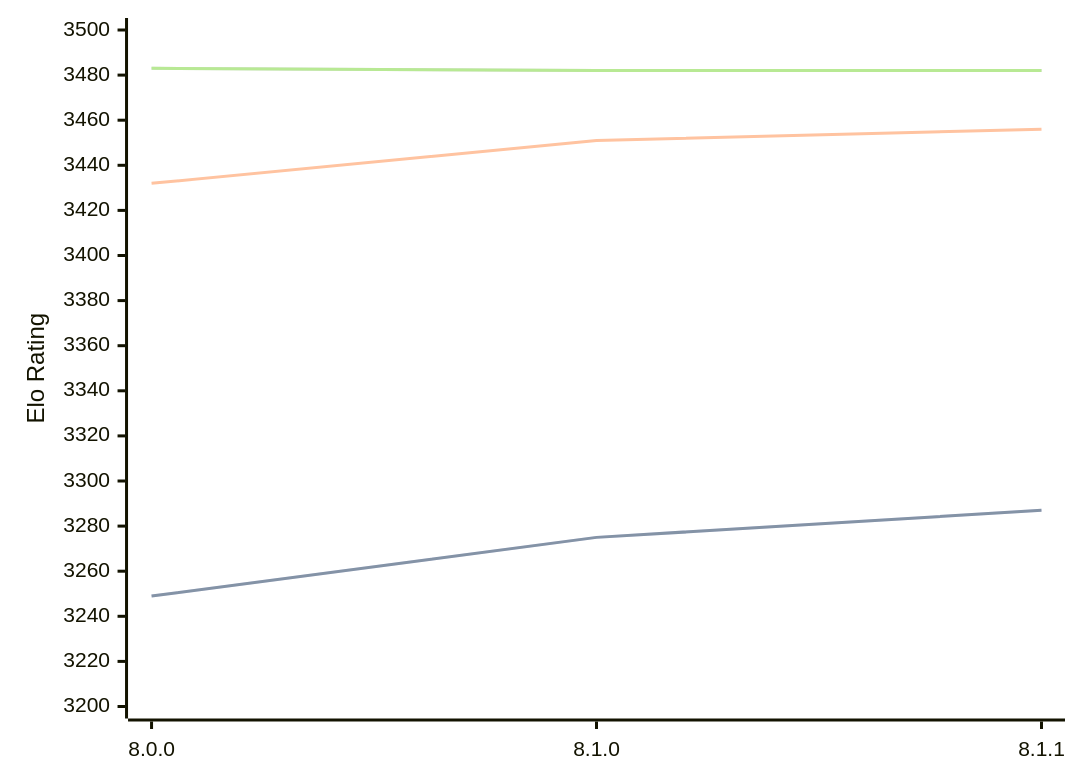
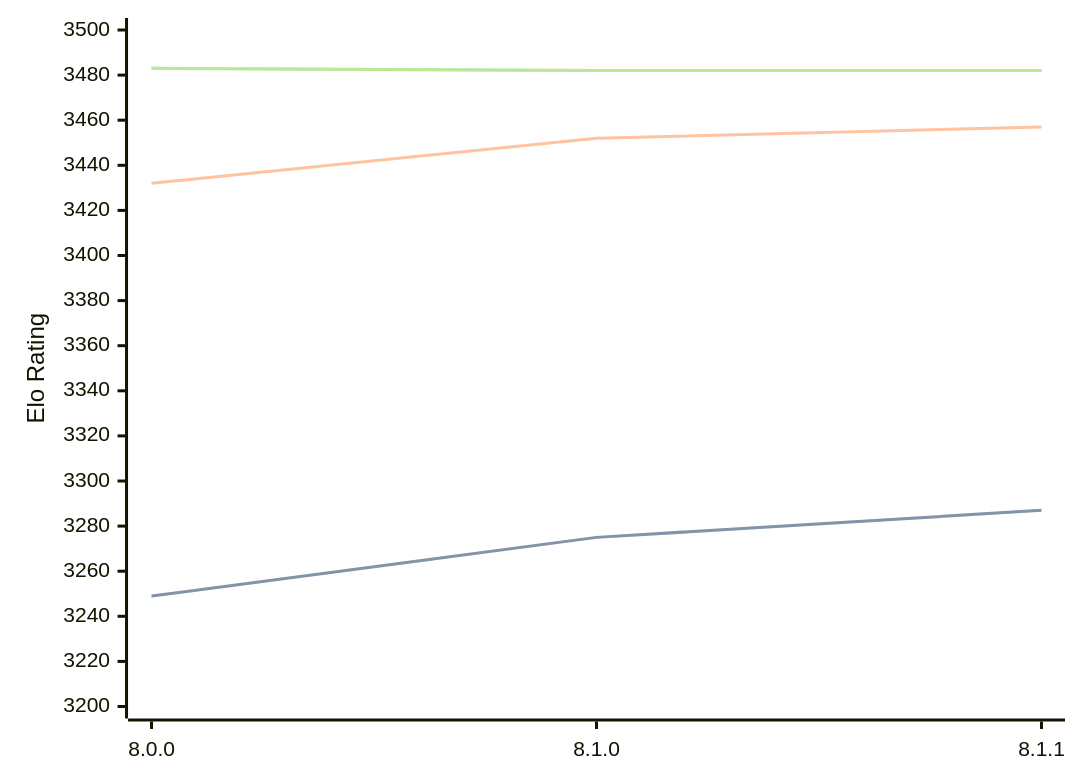
One commit to computer-chess-index/cci changed the diagram in engines/Velvet.md. Above: the diagram before and after it, drawn with Mermaid. The commit also changed other lines of this file, not shown here.

````diff
--- a/engines/Velvet.md
+++ b/engines/Velvet.md
@@ -33,11 +33,11 @@
 ```mermaid
 %%{init: {"theme":"base","themeVariables":{"seriesColors:['#a3a3a3','#222221','#faa371']}}}%%
 xychart-beta
   x-axis ["8.0.0", "8.1.0", "8.1.1"]
   y-axis "Elo Rating" 3200 --> 3500
   line "" [3249, 3275, 3287]
   line "STC (8.0+0.08s)" [3249, 3275, 3287]
-  line "LTC (60.0+0.60s)" [3432, 3451, 3456]
+  line "LTC (60.0+0.60s)" [3432, 3452, 3457]
   line "" [3483, 3482, 3482]
   line "VLTC (2m24s+1.12s)" [3483, 3482, 3482]
 ```
````
